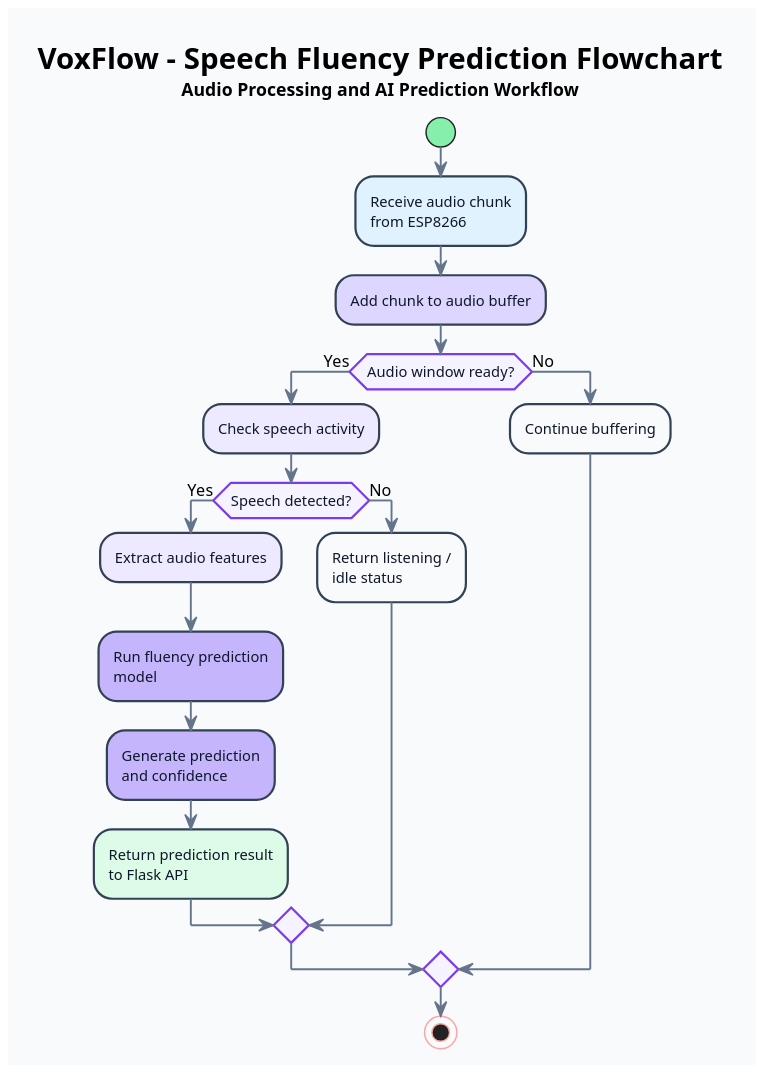
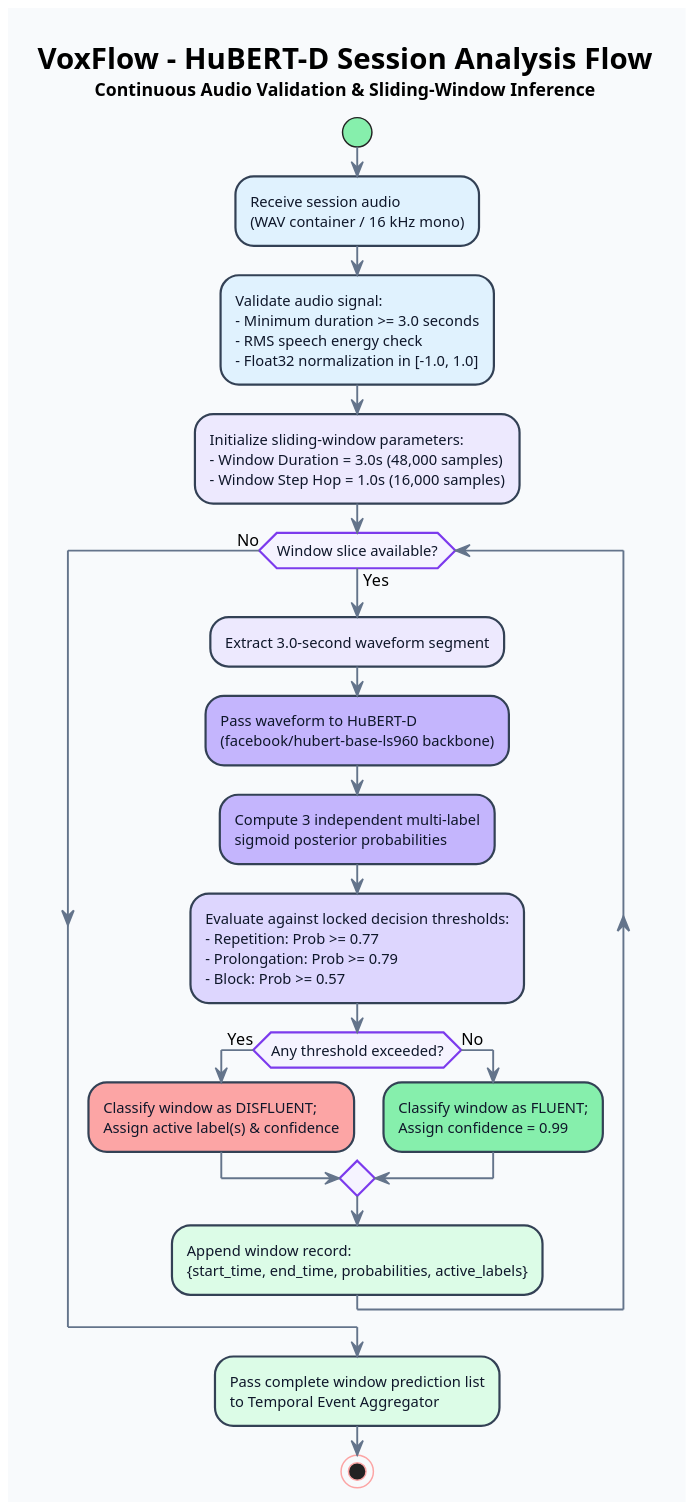
One commit to PetaSivaNandhanReddy/voxflow changed the diagram in VoxFlow_uml/VoxFlow_uml/methodology/2_SpeechFluency_Prediction.puml. Above: the diagram before and after it, drawn with PlantUML. The commit also changed 31 other files, not shown here.

Commit message:
docs: align uml architecture with final voxflow system

```diff
--- a/VoxFlow_uml/VoxFlow_uml/methodology/2_SpeechFluency_Prediction.puml
+++ b/VoxFlow_uml/VoxFlow_uml/methodology/2_SpeechFluency_Prediction.puml
@@ -1,62 +1,58 @@
 @startuml
-
-title <size:20><b>VoxFlow - Speech Fluency Prediction Flowchart</b></size>\n<size:12>Audio Processing and AI Prediction Workflow</size>
+title <size:20><b>VoxFlow - HuBERT-D Session Analysis Flow</b></size>\n<size:12>Continuous Audio Validation & Sliding-Window Inference</size>
 
 skinparam backgroundColor #F8FAFC
 skinparam shadowing false
 skinparam dpi 170
 
 skinparam activity {
     BackgroundColor #FFFFFF
     BorderColor #334155
     BorderThickness 1.5
     FontColor #0F172A
     FontSize 10
 
     DiamondBackgroundColor #F5F3FF
     DiamondBorderColor #7C3AED
     DiamondFontColor #0F172A
 
     StartColor #86EFAC
     StopColor #FCA5A5
 }
 
 skinparam ArrowColor #64748B
 skinparam ArrowThickness 1.3
 
-
 start
 
-#E0F2FE:Receive audio chunk\nfrom ESP8266;
+#E0F2FE:Receive session audio\n(WAV container / 16 kHz mono);
 
-#DDD6FE:Add chunk to audio buffer;
+#E0F2FE:Validate audio signal:\n- Minimum duration >= 3.0 seconds\n- RMS speech energy check\n- Float32 normalization in [-1.0, 1.0];
 
-if (Audio window ready?) then (Yes)
+#EDE9FE:Initialize sliding-window parameters:\n- Window Duration = 3.0s (48,000 samples)\n- Window Step Hop = 1.0s (16,000 samples);
 
-    #EDE9FE:Check speech activity;
+while (Window slice available?) is (Yes)
 
-    if (Speech detected?) then (Yes)
+    #EDE9FE:Extract 3.0-second waveform segment;
 
-        #EDE9FE:Extract audio features;
+    #C4B5FD:Pass waveform to HuBERT-D\n(facebook/hubert-base-ls960 backbone);
 
-        #C4B5FD:Run fluency prediction\nmodel;
+    #C4B5FD:Compute 3 independent multi-label\nsigmoid posterior probabilities;
 
-        #C4B5FD:Generate prediction\nand confidence;
+    #DDD6FE:Evaluate against locked decision thresholds:\n- Repetition: Prob >= 0.77\n- Prolongation: Prob >= 0.79\n- Block: Prob >= 0.57;
 
-        #DCFCE7:Return prediction result\nto Flask API;
-
+    if (Any threshold exceeded?) then (Yes)
+        #FCA5A5:Classify window as DISFLUENT;\nAssign active label(s) & confidence;
     else (No)
-
-        #F8FAFC:Return listening /\nidle status;
-
+        #86EFAC:Classify window as FLUENT;\nAssign confidence = 0.99;
     endif
 
-else (No)
+    #DCFCE7:Append window record:\n{start_time, end_time, probabilities, active_labels};
 
-    #F8FAFC:Continue buffering;
+endwhile (No)
 
-endif
+#DCFCE7:Pass complete window prediction list\nto Temporal Event Aggregator;
 
 stop
 
 @enduml
```
